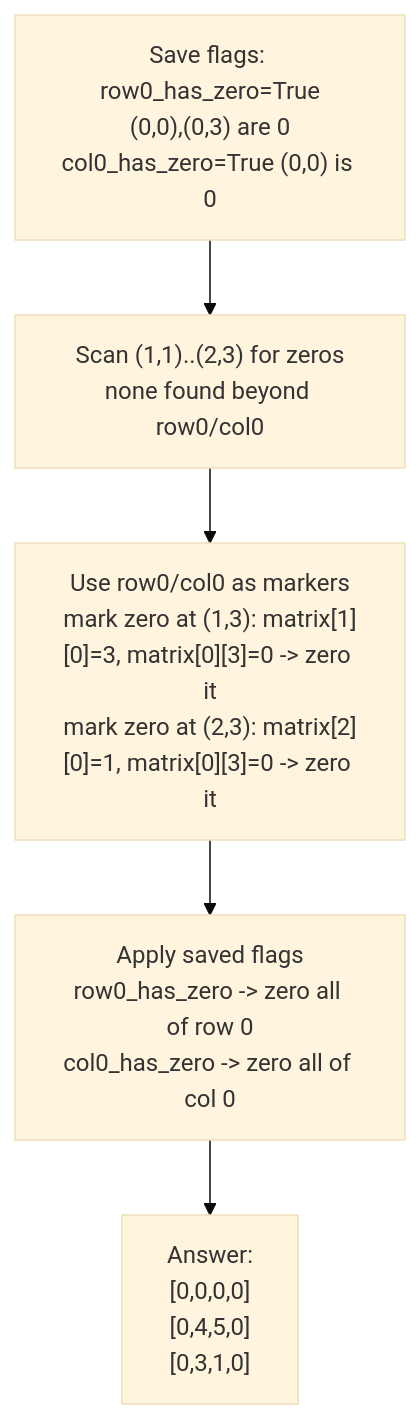
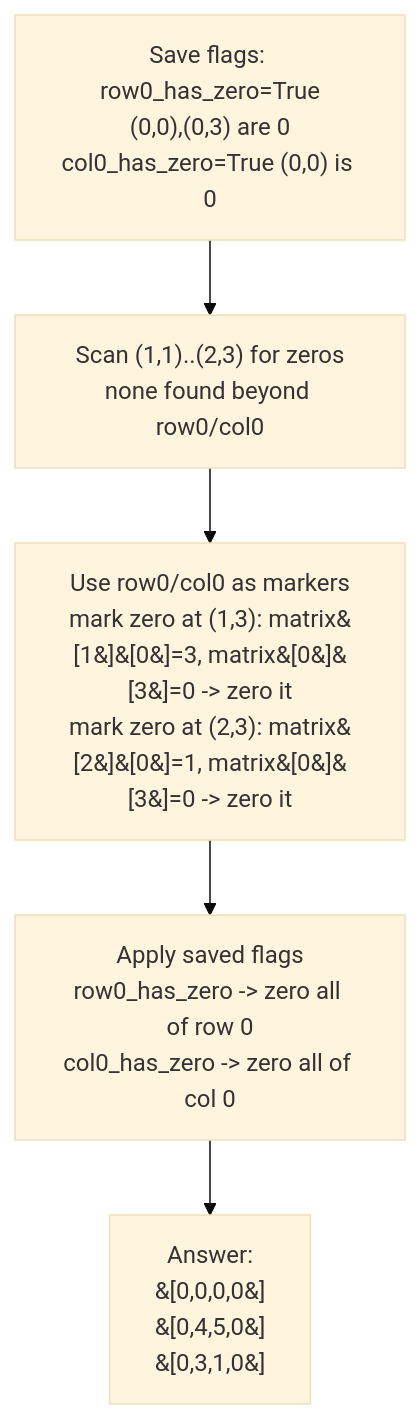
The diagram in topics/17-math-geometry/05-set-matrix-zeroes/README.md (Aryan-Jadon18/dsa-placement-prep), drawn with Mermaid (base theme) before and after one commit. The commit also changed 52 other files, not shown here.

First line of the commit message:
Fix Mermaid diagrams not rendering on GitHub

````diff
--- a/topics/17-math-geometry/05-set-matrix-zeroes/README.md
+++ b/topics/17-math-geometry/05-set-matrix-zeroes/README.md
@@ -56,7 +56,7 @@
 ```mermaid
 flowchart TD
     A["Save flags: row0_has_zero=True<br/>(0,0),(0,3) are 0<br/>col0_has_zero=True (0,0) is 0"] --> B["Scan (1,1)..(2,3) for zeros<br/>none found beyond row0/col0"]
-    B --> C["Use row0/col0 as markers<br/>mark zero at (1,3): matrix[1][0]=3, matrix[0][3]=0 -> zero it<br/>mark zero at (2,3): matrix[2][0]=1, matrix[0][3]=0 -> zero it"]
+    B --> C["Use row0/col0 as markers<br/>mark zero at (1,3): matrix&#91;1&#93;&#91;0&#93;=3, matrix&#91;0&#93;&#91;3&#93;=0 -> zero it<br/>mark zero at (2,3): matrix&#91;2&#93;&#91;0&#93;=1, matrix&#91;0&#93;&#91;3&#93;=0 -> zero it"]
     C --> D["Apply saved flags<br/>row0_has_zero -> zero all of row 0<br/>col0_has_zero -> zero all of col 0"]
-    D --> E["Answer:<br/>[0,0,0,0]<br/>[0,4,5,0]<br/>[0,3,1,0]"]
+    D --> E["Answer:<br/>&#91;0,0,0,0&#93;<br/>&#91;0,4,5,0&#93;<br/>&#91;0,3,1,0&#93;"]
 ```
````
